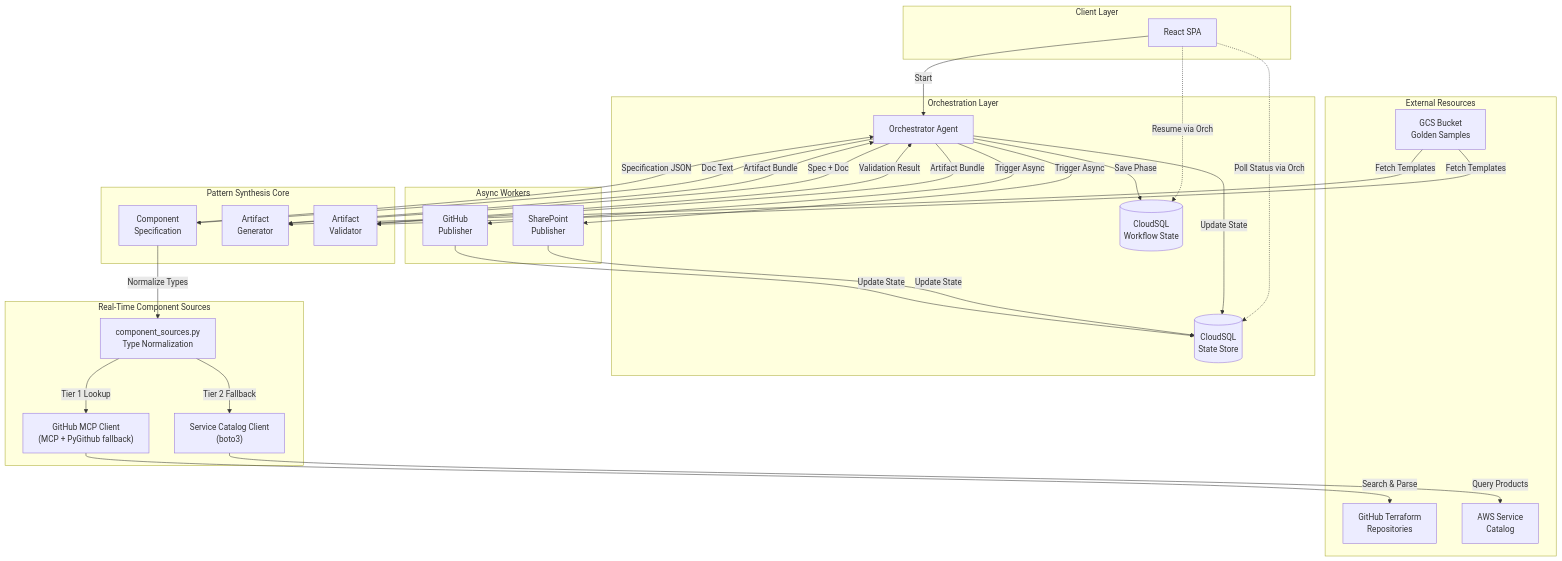
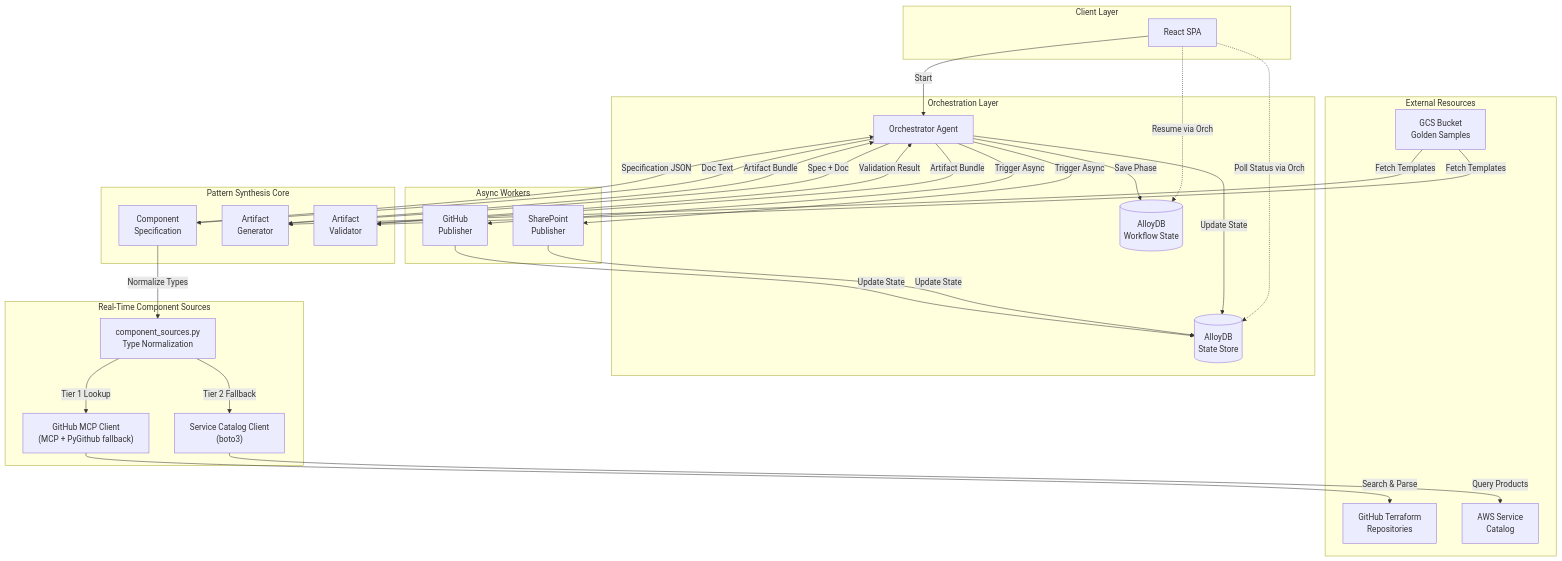
The sixth of 10 diagrams in DESIGN_DOCUMENT.md (rnerurkar/engen), drawn with Mermaid before and after one commit. The commit also changed other lines of this file and 8 other files, not shown here.

First line of the commit message:
feat: migrate CloudSQL to AlloyDB for PostgreSQL across source code and documentation (v2.5)

````diff
--- a/DESIGN_DOCUMENT.md
+++ b/DESIGN_DOCUMENT.md
@@ -764,65 +766,65 @@
 ```mermaid
 graph TD
     subgraph "Client Layer"
         UI[React SPA]
     end
 
     subgraph "Orchestration Layer"
         Orch[Orchestrator Agent]
-        DB[(CloudSQL<br/>State Store)]
-        WFS[(CloudSQL<br/>Workflow State)]
+        DB[(AlloyDB<br/>State Store)]
+        WFS[(AlloyDB<br/>Workflow State)]
     end
 
     subgraph "Pattern Synthesis Core"
         CompSpec["Component<br/>Specification"]
         ArtGen["Artifact<br/>Generator"]
         ArtVal["Artifact<br/>Validator"]
     end
 
     subgraph "Real-Time Component Sources"
         CompSources["component_sources.py<br/>Type Normalization"]
         GitMCP["GitHub MCP Client<br/>(MCP + PyGithub fallback)"]
         SvcCat["Service Catalog Client<br/>(boto3)"]
     end
 
     subgraph "Async Workers"
         PubDocs[SharePoint<br/>Publisher]
         PubCode[GitHub<br/>Publisher]
     end
 
     subgraph "External Resources"
         GCS[GCS Bucket<br/>Golden Samples]
         GitRepos[GitHub Terraform<br/>Repositories]
         AWSSC[AWS Service<br/>Catalog]
     end
 
     %% Data Flow
     UI -->|Start| Orch
     UI -.->|Poll Status via Orch| DB
     UI -.->|Resume via Orch| WFS
 
     Orch -->|Update State| DB
     Orch -->|Save Phase| WFS
     Orch -->|Trigger Async| PubDocs
     Orch -->|Trigger Async| PubCode
 
     PubDocs -->|Update State| DB
     PubCode -->|Update State| DB
     
     GCS -->|Fetch Templates| ArtGen
     GCS -->|Fetch Templates| ArtVal
 
     Orch -->|Doc Text| CompSpec
     CompSpec -->|Normalize Types| CompSources
     CompSources -->|Tier 1 Lookup| GitMCP
     CompSources -->|Tier 2 Fallback| SvcCat
     GitMCP -->|Search & Parse| GitRepos
     SvcCat -->|Query Products| AWSSC
     CompSpec -->|Specification JSON| Orch
 
     Orch -->|Spec + Doc| ArtGen
     ArtGen -->|Artifact Bundle| Orch
 
     Orch -->|Artifact Bundle| ArtVal
     ArtVal -->|Validation Result| Orch
 ```
````
